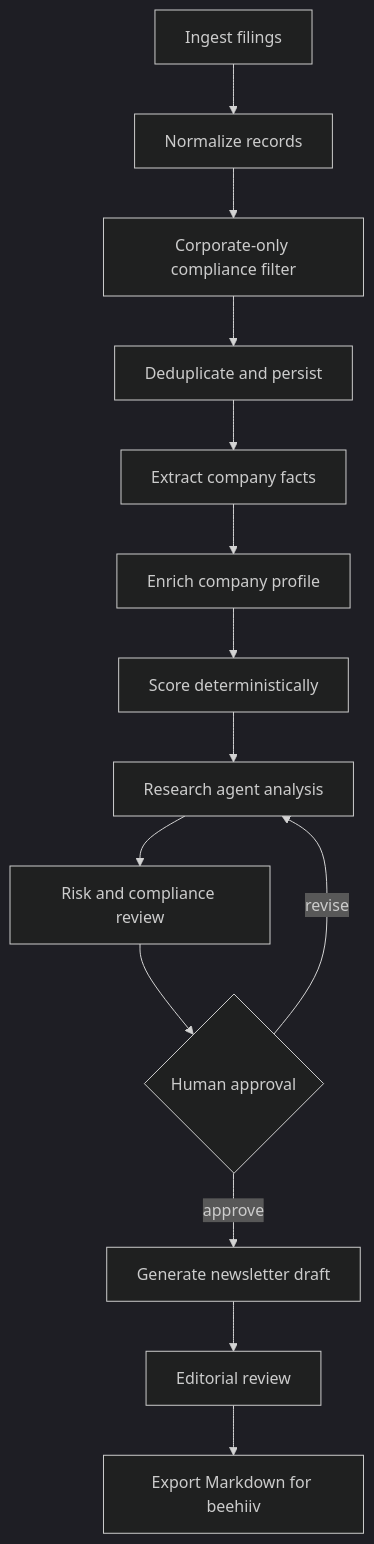
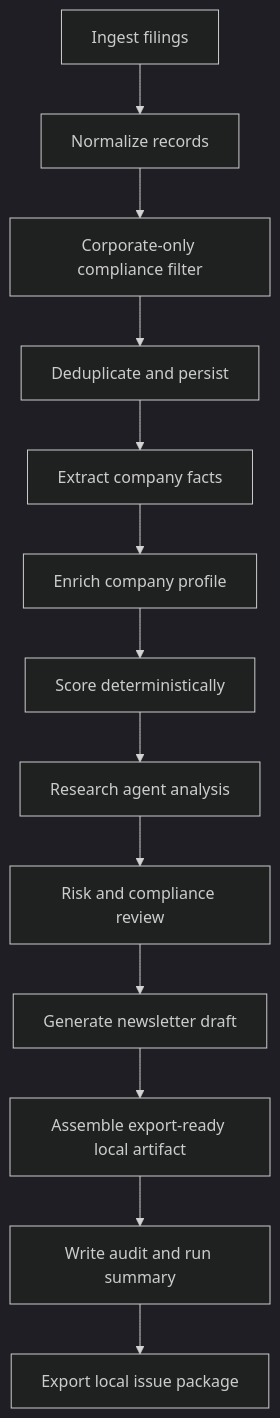
One commit to ghassan-ai-projects/berlin-insolvency-radar changed the diagram in docs/strategy/agentic-implementation-plan.md. Above: the diagram before and after it, drawn with Mermaid (dark theme). The commit also changed other lines of this file and 44 other files, not shown here.

````diff
--- a/docs/strategy/agentic-implementation-plan.md
+++ b/docs/strategy/agentic-implementation-plan.md
@@ -45,16 +54,15 @@
 ```mermaid
 flowchart TD
     A["Ingest filings"] --> B["Normalize records"]
     B --> C["Corporate-only compliance filter"]
     C --> D["Deduplicate and persist"]
     D --> E["Extract company facts"]
     E --> F["Enrich company profile"]
     F --> G["Score deterministically"]
     G --> H["Research agent analysis"]
     H --> I["Risk and compliance review"]
-    I --> J{"Human approval"}
-    J -->|revise| H
-    J -->|approve| K["Generate newsletter draft"]
-    K --> L["Editorial review"]
-    L --> M["Export Markdown for beehiiv"]
+    I --> J["Generate newsletter draft"]
+    J --> K["Assemble export-ready local artifact"]
+    K --> L["Write audit and run summary"]
+    L --> M["Export local issue package"]
 ```
````
